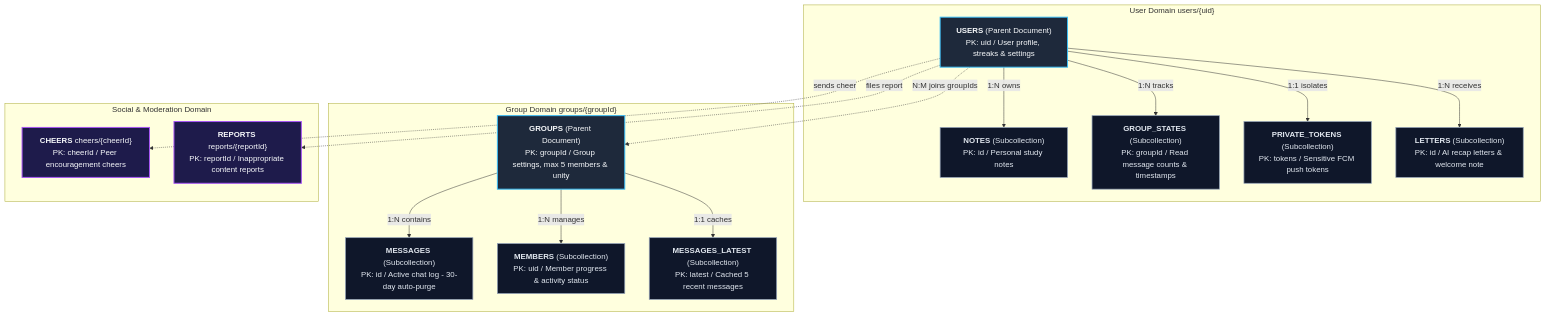
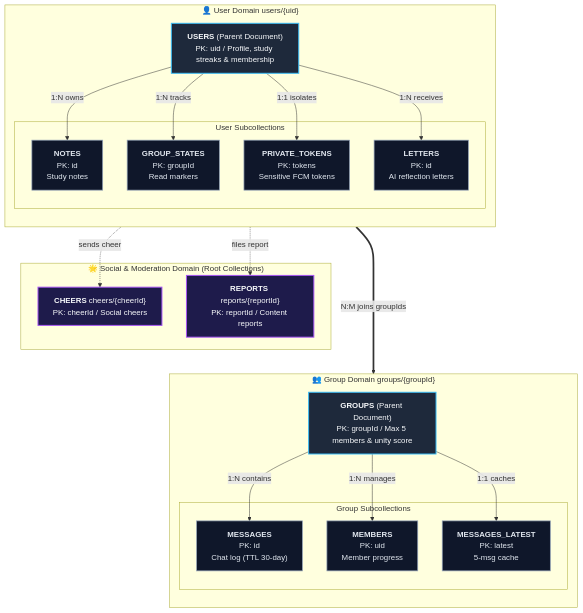
The first of 2 diagrams in docs/database-security.md (ScriptureHabit/scripture-habit), drawn with Mermaid before and after one commit. The commit also changed 1 other file, not shown here.

Commit message:
docs: restructure ER diagram into vertical stacked layout for high readability

````diff
--- a/docs/database-security.md
+++ b/docs/database-security.md
@@ -11,39 +11,47 @@
 ```mermaid
 flowchart TD
     classDef main fill:#1e293b,stroke:#38bdf8,stroke-width:2px,color:#f8fafc;
     classDef sub fill:#0f172a,stroke:#94a3b8,stroke-width:1.5px,color:#e2e8f0;
     classDef social fill:#1e1b4b,stroke:#a855f7,stroke-width:2px,color:#f8fafc;
 
-    subgraph UserGroup["User Domain users/{uid}"]
-        USERS["<b>USERS</b> (Parent Document)<br/>PK: uid / User profile, streaks & settings"]:::main
-        NOTES["<b>NOTES</b> (Subcollection)<br/>PK: id / Personal study notes"]:::sub
-        GROUP_STATES["<b>GROUP_STATES</b> (Subcollection)<br/>PK: groupId / Read message counts & timestamps"]:::sub
-        PRIVATE_TOKENS["<b>PRIVATE_TOKENS</b> (Subcollection)<br/>PK: tokens / Sensitive FCM push tokens"]:::sub
-        LETTERS["<b>LETTERS</b> (Subcollection)<br/>PK: id / AI recap letters & welcome note"]:::sub
+    subgraph UserDomain["👤 User Domain users/{uid}"]
+        direction TB
+        USERS["<b>USERS</b> (Parent Document)<br/>PK: uid / Profile, study streaks & membership"]:::main
+
+        subgraph UserSubs["User Subcollections"]
+            NOTES["<b>NOTES</b><br/>PK: id<br/>Study notes"]:::sub
+            GROUP_STATES["<b>GROUP_STATES</b><br/>PK: groupId<br/>Read markers"]:::sub
+            PRIVATE_TOKENS["<b>PRIVATE_TOKENS</b><br/>PK: tokens<br/>Sensitive FCM tokens"]:::sub
+            LETTERS["<b>LETTERS</b><br/>PK: id<br/>AI reflection letters"]:::sub
+        end
+
+        USERS -->|1:N owns| NOTES
+        USERS -->|1:N tracks| GROUP_STATES
+        USERS -->|1:1 isolates| PRIVATE_TOKENS
+        USERS -->|1:N receives| LETTERS
     end
 
-    subgraph GroupDomain["Group Domain groups/{groupId}"]
-        GROUPS["<b>GROUPS</b> (Parent Document)<br/>PK: groupId / Group settings, max 5 members & unity"]:::main
-        MESSAGES["<b>MESSAGES</b> (Subcollection)<br/>PK: id / Active chat log - 30-day auto-purge"]:::sub
-        MEMBERS["<b>MEMBERS</b> (Subcollection)<br/>PK: uid / Member progress & activity status"]:::sub
-        MESSAGES_LATEST["<b>MESSAGES_LATEST</b> (Subcollection)<br/>PK: latest / Cached 5 recent messages"]:::sub
+    subgraph GroupDomain["👥 Group Domain groups/{groupId}"]
+        direction TB
+        GROUPS["<b>GROUPS</b> (Parent Document)<br/>PK: groupId / Max 5 members & unity score"]:::main
+
+        subgraph GroupSubs["Group Subcollections"]
+            MESSAGES["<b>MESSAGES</b><br/>PK: id<br/>Chat log (TTL 30-day)"]:::sub
+            MEMBERS["<b>MEMBERS</b><br/>PK: uid<br/>Member progress"]:::sub
+            MESSAGES_LATEST["<b>MESSAGES_LATEST</b><br/>PK: latest<br/>5-msg cache"]:::sub
+        end
+
+        GROUPS -->|1:N contains| MESSAGES
+        GROUPS -->|1:N manages| MEMBERS
+        GROUPS -->|1:1 caches| MESSAGES_LATEST
     end
 
-    subgraph SocialDomain["Social & Moderation Domain"]
-        CHEERS["<b>CHEERS</b> cheers/{cheerId}<br/>PK: cheerId / Peer encouragement cheers"]:::social
-        REPORTS["<b>REPORTS</b> reports/{reportId}<br/>PK: reportId / Inappropriate content reports"]:::social
+    subgraph SocialDomain["🌟 Social & Moderation Domain (Root Collections)"]
+        CHEERS["<b>CHEERS</b> cheers/{cheerId}<br/>PK: cheerId / Social cheers"]:::social
+        REPORTS["<b>REPORTS</b> reports/{reportId}<br/>PK: reportId / Content reports"]:::social
     end
 
-    USERS -->|1:N owns| NOTES
-    USERS -->|1:N tracks| GROUP_STATES
-    USERS -->|1:1 isolates| PRIVATE_TOKENS
-    USERS -->|1:N receives| LETTERS
-    USERS -.->|N:M joins groupIds| GROUPS
-
-    GROUPS -->|1:N contains| MESSAGES
-    GROUPS -->|1:N manages| MEMBERS
-    GROUPS -->|1:1 caches| MESSAGES_LATEST
-
+    USERS ===>|N:M joins groupIds| GROUPS
     USERS -.->|sends cheer| CHEERS
     USERS -.->|files report| REPORTS
 ```
````
